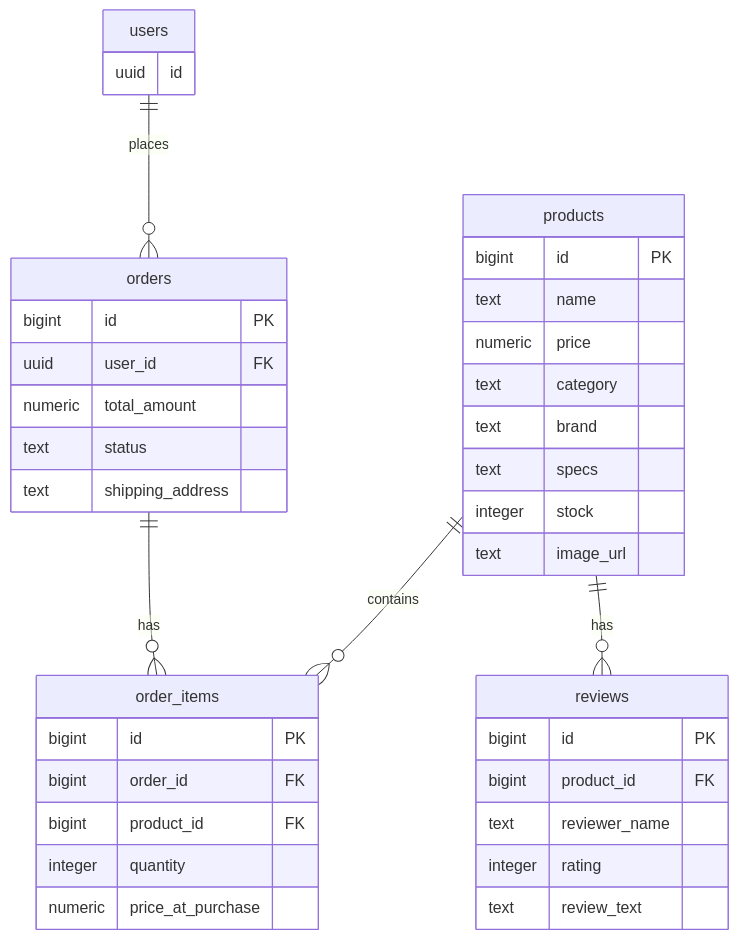
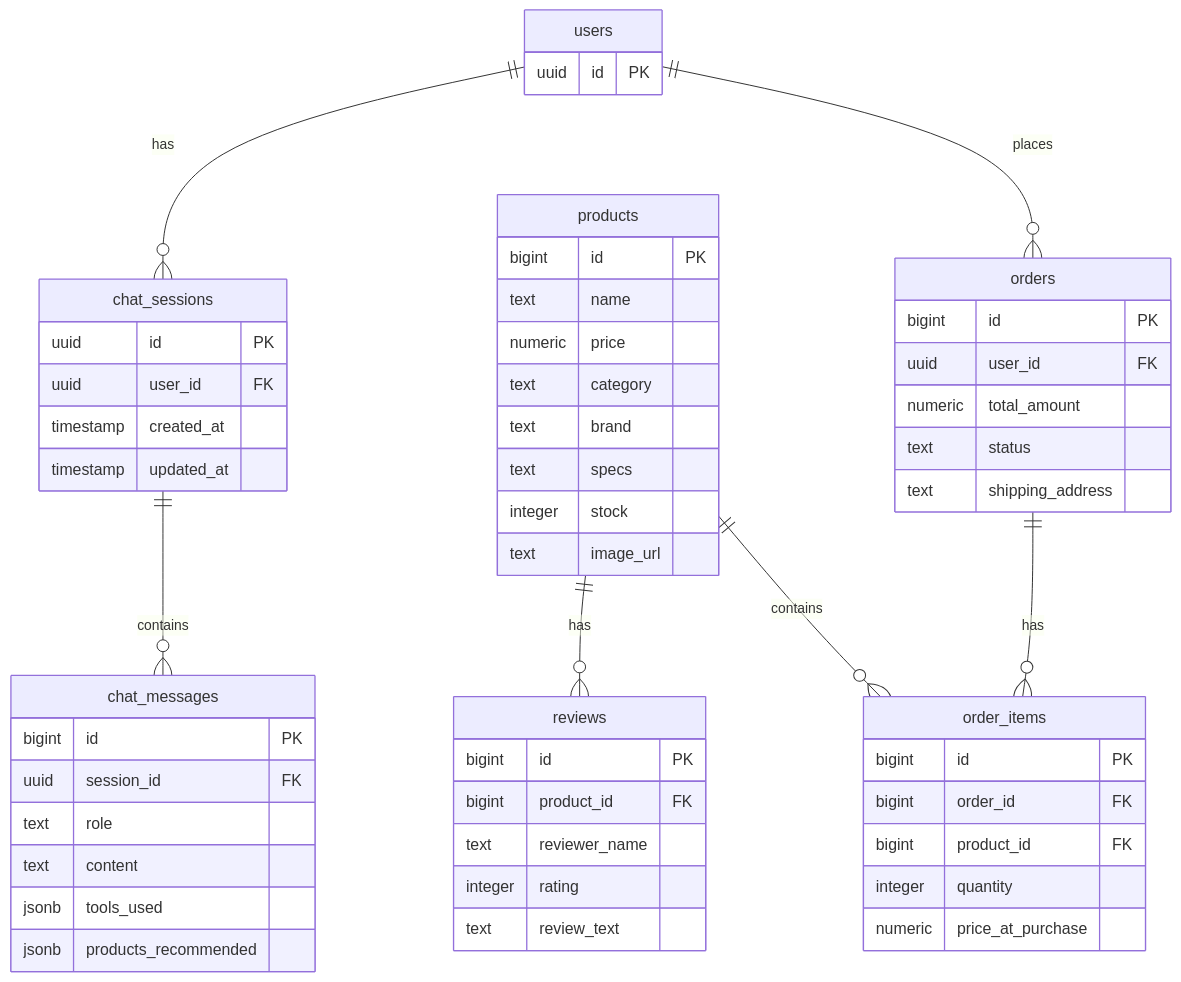
One commit to Creative-Geek/ITI-ECommerce-Project changed the seventh of 7 diagrams in docs/architecture.md. Above: the diagram before and after it, drawn with Mermaid. The commit also changed other lines of this file and 4 other files, not shown here.

````diff
--- a/docs/architecture.md
+++ b/docs/architecture.md
@@ -147,42 +317,58 @@
 ```mermaid
 erDiagram
     users ||--o{ orders : "places"
+    users ||--o{ chat_sessions : "has"
     products ||--o{ order_items : "contains"
     products ||--o{ reviews : "has"
     orders ||--o{ order_items : "has"
+    chat_sessions ||--o{ chat_messages : "contains"
 
     users {
-        uuid id
+        uuid id PK
     }
     products {
         bigint id PK
         text name
         numeric price
         text category
         text brand
         text specs
         integer stock
         text image_url
     }
     orders {
         bigint id PK
         uuid user_id FK
         numeric total_amount
         text status
         text shipping_address
     }
     order_items {
         bigint id PK
         bigint order_id FK
         bigint product_id FK
         integer quantity
         numeric price_at_purchase
     }
     reviews {
         bigint id PK
         bigint product_id FK
         text reviewer_name
         integer rating
         text review_text
     }
+    chat_sessions {
+        uuid id PK
+        uuid user_id FK
+        timestamp created_at
+        timestamp updated_at
+    }
+    chat_messages {
+        bigint id PK
+        uuid session_id FK
+        text role
+        text content
+        jsonb tools_used
+        jsonb products_recommended
+    }
 ```
````
